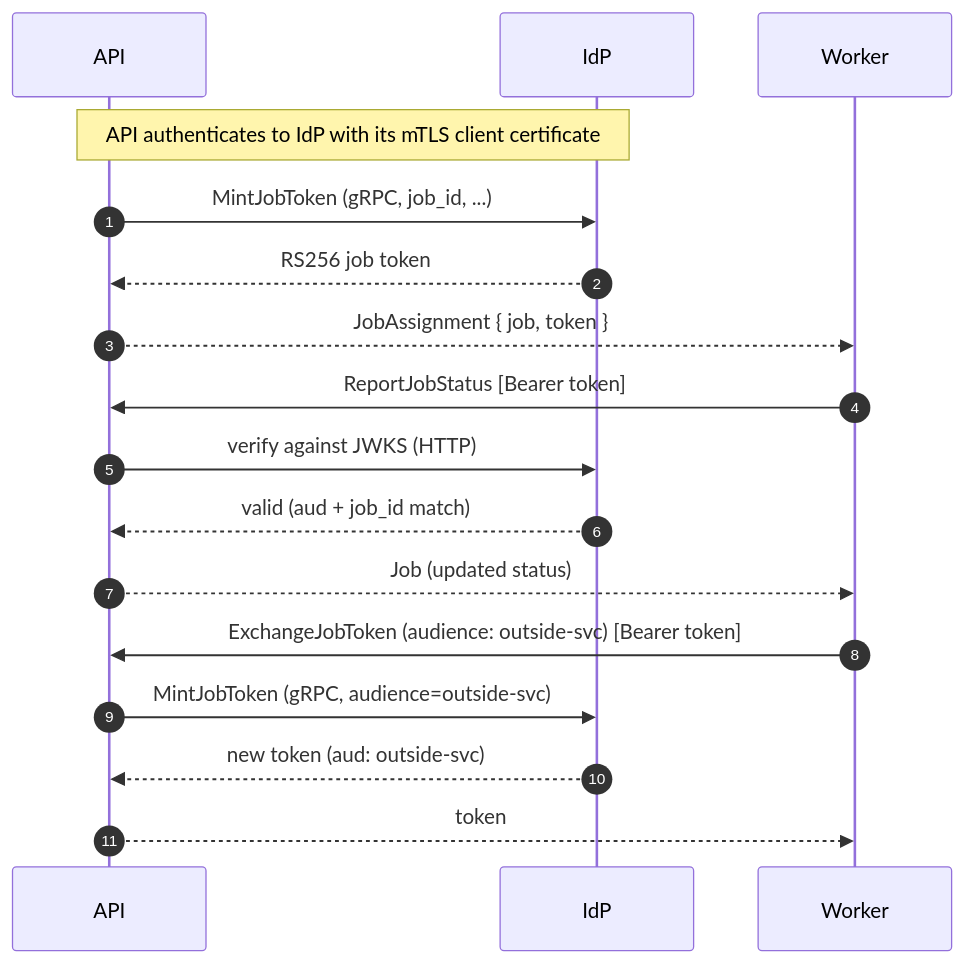
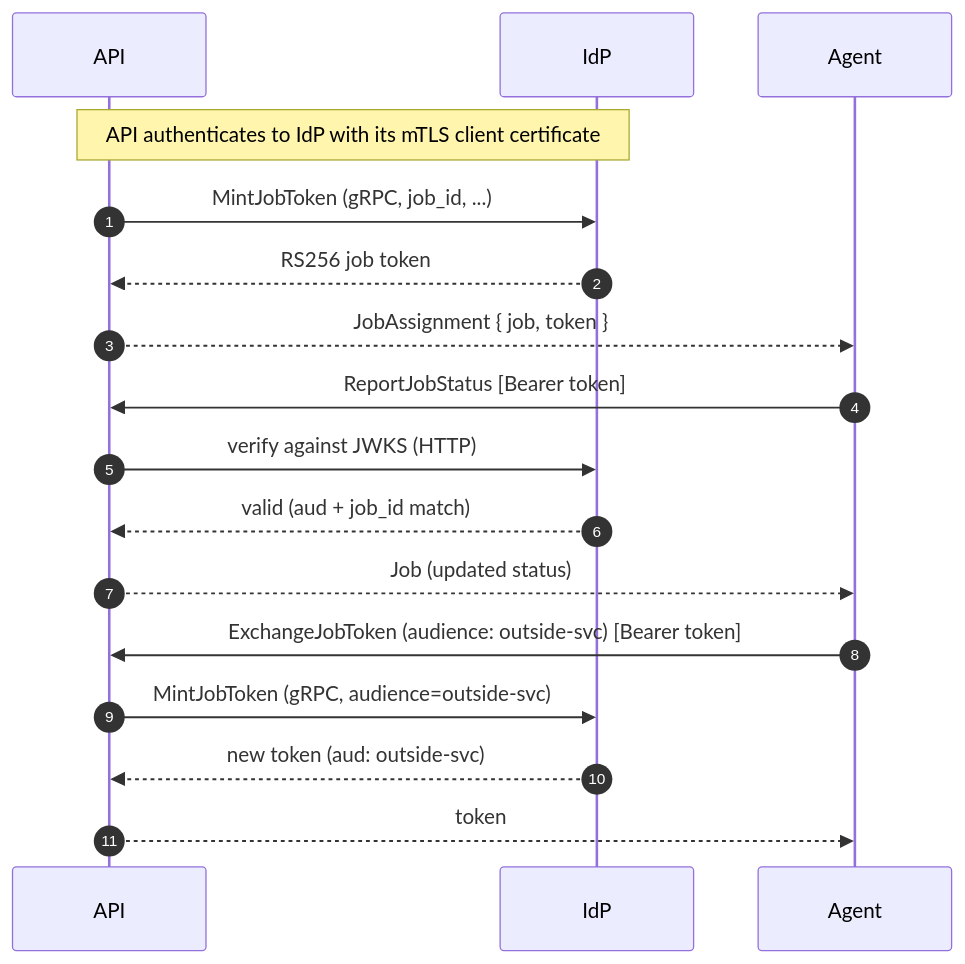
One commit to EdwardCooke/cdrom changed the eighth of 10 diagrams in docs/Architecture.md. Above: the diagram before and after it, drawn with Mermaid. The commit also changed other lines of this file and 177 other files, not shown here.

Commit message:
Docs for re-working agent/worker

````diff
--- a/docs/Architecture.md
+++ b/docs/Architecture.md
@@ -842,20 +842,20 @@
 ```mermaid
 sequenceDiagram
     autonumber
     participant API as API
     participant IDP as IdP
-    participant W as Worker
+    participant W as Agent
 
     Note over API,IDP: API authenticates to IdP with its mTLS client certificate
     API->>IDP: MintJobToken (gRPC, job_id, ...)
     IDP-->>API: RS256 job token
     API-->>W: JobAssignment { job, token }
     W->>API: ReportJobStatus [Bearer token]
     API->>IDP: verify against JWKS (HTTP)
     IDP-->>API: valid (aud + job_id match)
     API-->>W: Job (updated status)
     W->>API: ExchangeJobToken (audience: outside-svc) [Bearer token]
     API->>IDP: MintJobToken (gRPC, audience=outside-svc)
     IDP-->>API: new token (aud: outside-svc)
     API-->>W: token
 ```
````
